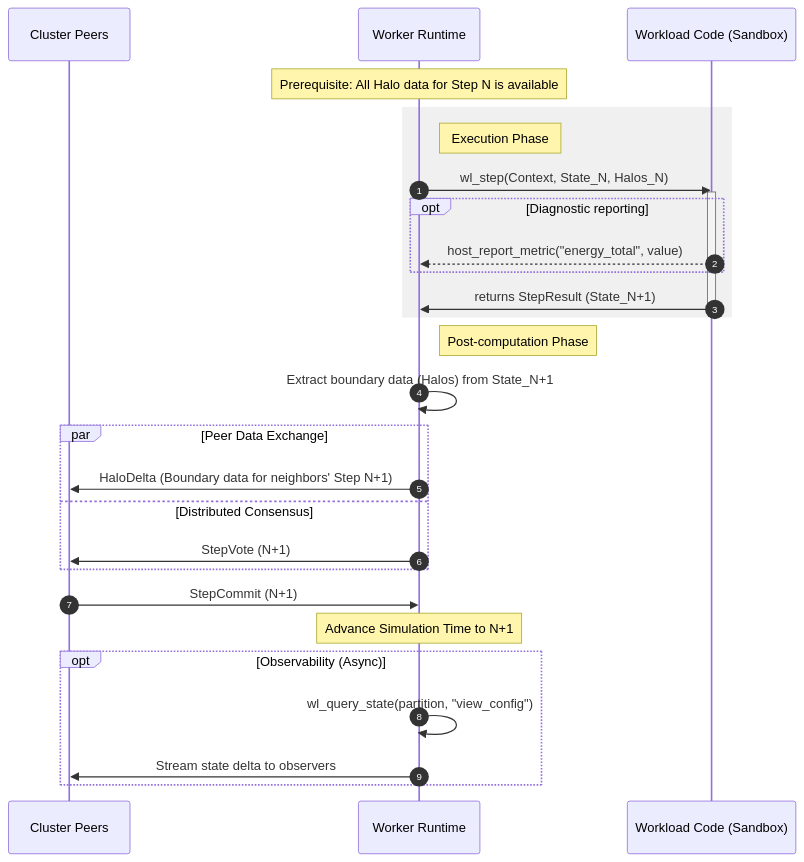
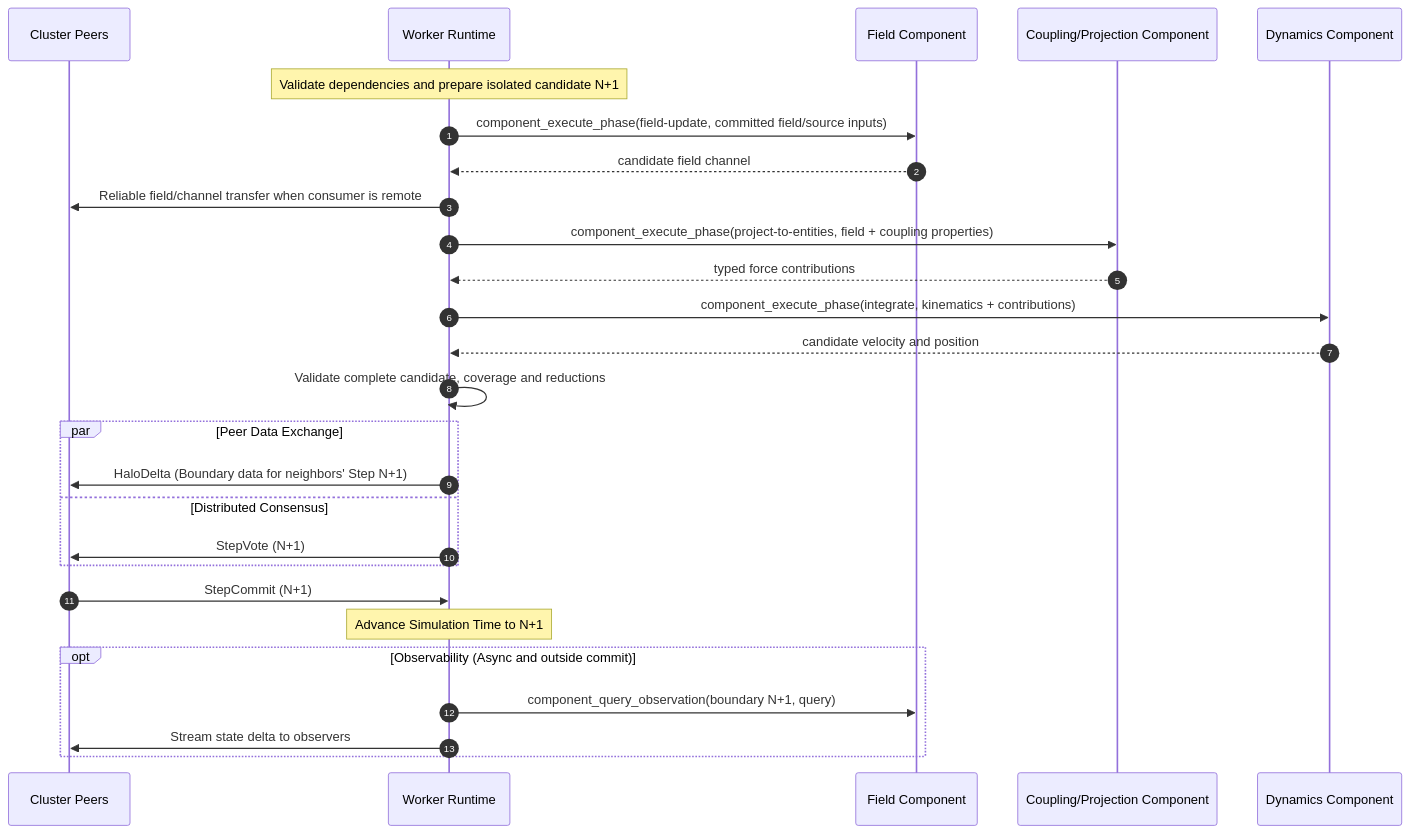
The diagram in docs/protocol-workload.md (abbyssoul/orishu-kagami), drawn with Mermaid before and after one commit. The commit also changed other lines of this file and 128 other files, not shown here.

````diff
--- a/docs/protocol-workload.md
+++ b/docs/protocol-workload.md
@@ -310,40 +455,34 @@
 ```mermaid
 sequenceDiagram
     autonumber
     participant P as Cluster Peers
     participant R as Worker Runtime
-    participant W as Workload Code (Sandbox)
+    participant F as Field Component
+    participant C as Coupling/Projection Component
+    participant D as Dynamics Component
 
-    Note over R: Prerequisite: All Halo data for Step N is available
-
-    rect rgb(240, 240, 240)
-        Note right of R: Execution Phase
-        R->>W: wl_step(Context, State_N, Halos_N)
-        activate W
-
-        opt Diagnostic reporting
-            W-->>R: host_report_metric("energy_total", value)
-        end
-
-        W->>R: returns StepResult (State_N+1)
-        deactivate W
-    end
-
-    Note right of R: Post-computation Phase
-    R->>R: Extract boundary data (Halos) from State_N+1
+    Note over R: Validate dependencies and prepare isolated candidate N+1
+    R->>F: component_execute_phase(field-update, committed field/source inputs)
+    F-->>R: candidate field channel
+    R->>P: Reliable field/channel transfer when consumer is remote
+    R->>C: component_execute_phase(project-to-entities, field + coupling properties)
+    C-->>R: typed force contributions
+    R->>D: component_execute_phase(integrate, kinematics + contributions)
+    D-->>R: candidate velocity and position
+    R->>R: Validate complete candidate, coverage and reductions
 
     par Peer Data Exchange
         R->>P: HaloDelta (Boundary data for neighbors' Step N+1)
     and Distributed Consensus
         R->>P: StepVote (N+1)
     end
 
     P->>R: StepCommit (N+1)
 
     Note over R: Advance Simulation Time to N+1
 
-    opt Observability (Async)
-        R->>R: wl_query_state(partition, "view_config")
+    opt Observability (Async and outside commit)
+        R->>F: component_query_observation(boundary N+1, query)
         R->>P: Stream state delta to observers
     end
 ```
````
